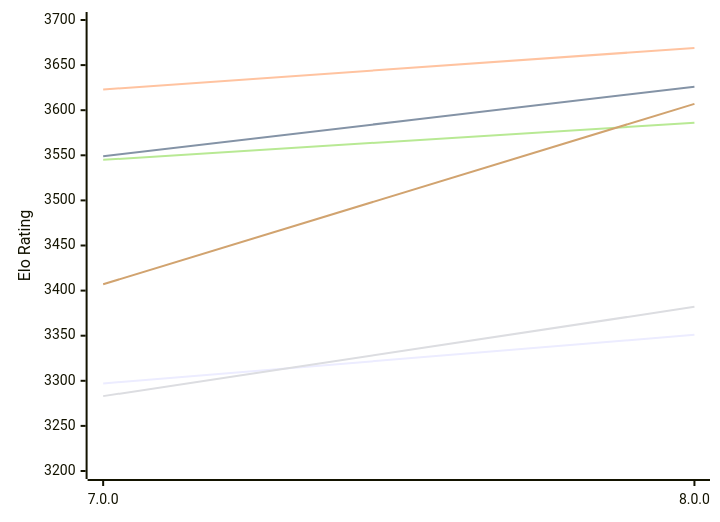
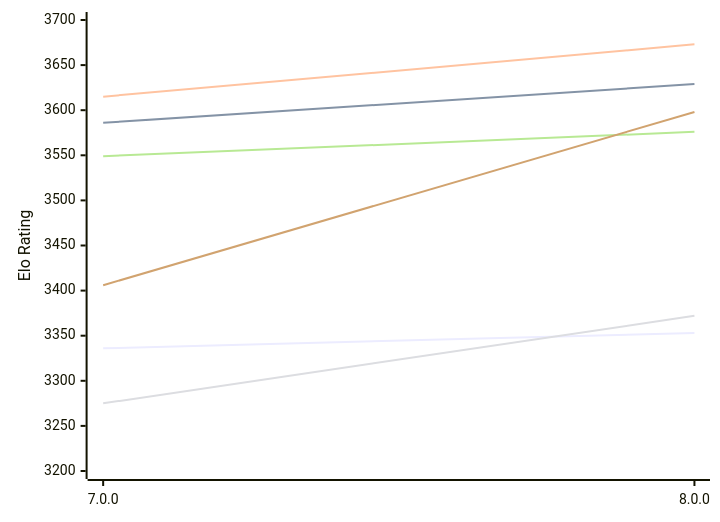
One commit to computer-chess-index/cci changed the first of 2 diagrams in engines/Stormphrax.md. Above: the diagram before and after it, drawn with Mermaid. The commit also changed other lines of this file, not shown here.

Commit message:
Update CCI Ratings (ELO VLTC) - 2026-11-15

````diff
--- a/engines/Stormphrax.md
+++ b/engines/Stormphrax.md
@@ -52,12 +52,12 @@
 ```mermaid
 %%{init: {"theme":"base","themeVariables":{"seriesColors:['#a3a3a3','#222221','#faa371']}}}%%
 xychart-beta
   x-axis ["7.0.0", "8.0.0"]
   y-axis "Elo Rating" 3200 --> 3700
-  line "E1: STC (8.0+0.08s)" [3297, 3351]
-  line "E1: LTC (60.0+0.60s)" [3549, 3626]
-  line "E1: VLTC (2m24s+1.12s)" [3623, 3669]
-  line "P1: STC (8.0+0.08s)" [3283, 3382]
-  line "P1: LTC (60.0+0.60s)" [3545, 3586]
-  line "P1: VLTC (2m24s+1.12s)" [3407, 3607]
+  line "E1: STC (8.0+0.08s)" [3336, 3353]
+  line "E1: LTC (60.0+0.60s)" [3586, 3629]
+  line "E1: VLTC (2m24s+1.12s)" [3615, 3673]
+  line "P1: STC (8.0+0.08s)" [3275, 3372]
+  line "P1: LTC (60.0+0.60s)" [3549, 3576]
+  line "P1: VLTC (2m24s+1.12s)" [3406, 3598]
 ```
````
